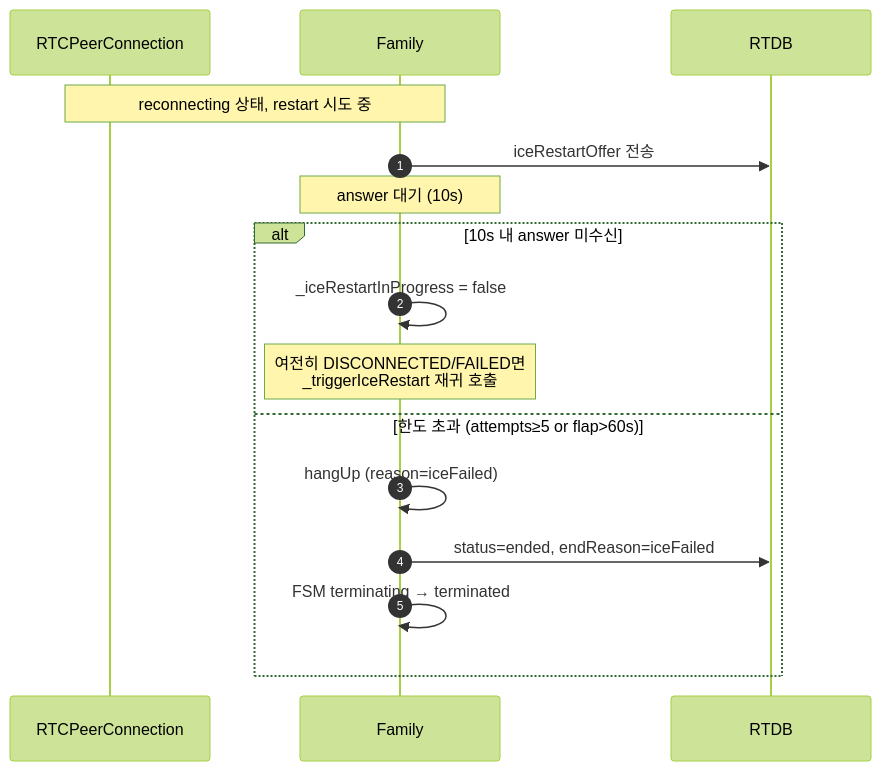
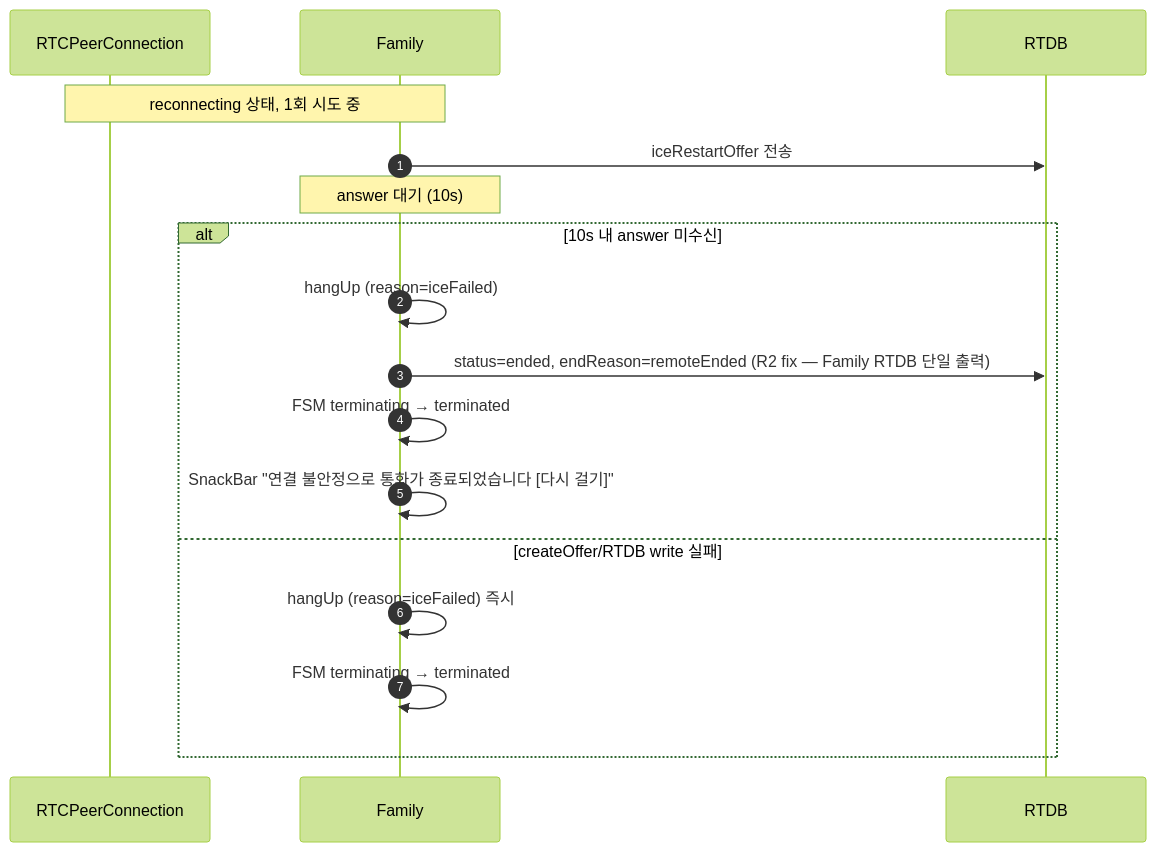
The seventh of 13 diagrams in docs/call-scenarios.md (HANSOLJJ/senior_care_family), drawn with Mermaid (forest theme) before and after one commit. The commit also changed other lines of this file and 6 other files, not shown here.

````diff
--- a/docs/call-scenarios.md
+++ b/docs/call-scenarios.md
@@ -197,21 +206,22 @@
 ```mermaid
 %%{init: {'sequence': {'actorMargin':90, 'messageMargin':50, 'width':200}}}%%
 sequenceDiagram
     autonumber
     participant PC as RTCPeerConnection
     participant F as Family
     participant R as RTDB
 
-    Note over PC,F: reconnecting 상태, restart 시도 중
+    Note over PC,F: reconnecting 상태, 1회 시도 중
     F->>R: iceRestartOffer 전송
     Note over F: answer 대기 (10s)
 
     alt 10s 내 answer 미수신
-        F->>F: _iceRestartInProgress = false
-        Note over F: 여전히 DISCONNECTED/FAILED면<br/>_triggerIceRestart 재귀 호출
-    else 한도 초과 (attempts≥5 or flap>60s)
         F->>F: hangUp (reason=iceFailed)
-        F->>R: status=ended, endReason=iceFailed
+        F->>R: status=ended, endReason=remoteEnded (R2 fix — Family RTDB 단일 출력)
+        F->>F: FSM terminating → terminated
+        F->>F: SnackBar "연결 불안정으로 통화가 종료되었습니다 [다시 걸기]"
+    else createOffer/RTDB write 실패
+        F->>F: hangUp (reason=iceFailed) 즉시
         F->>F: FSM terminating → terminated
     end
 ```
````
